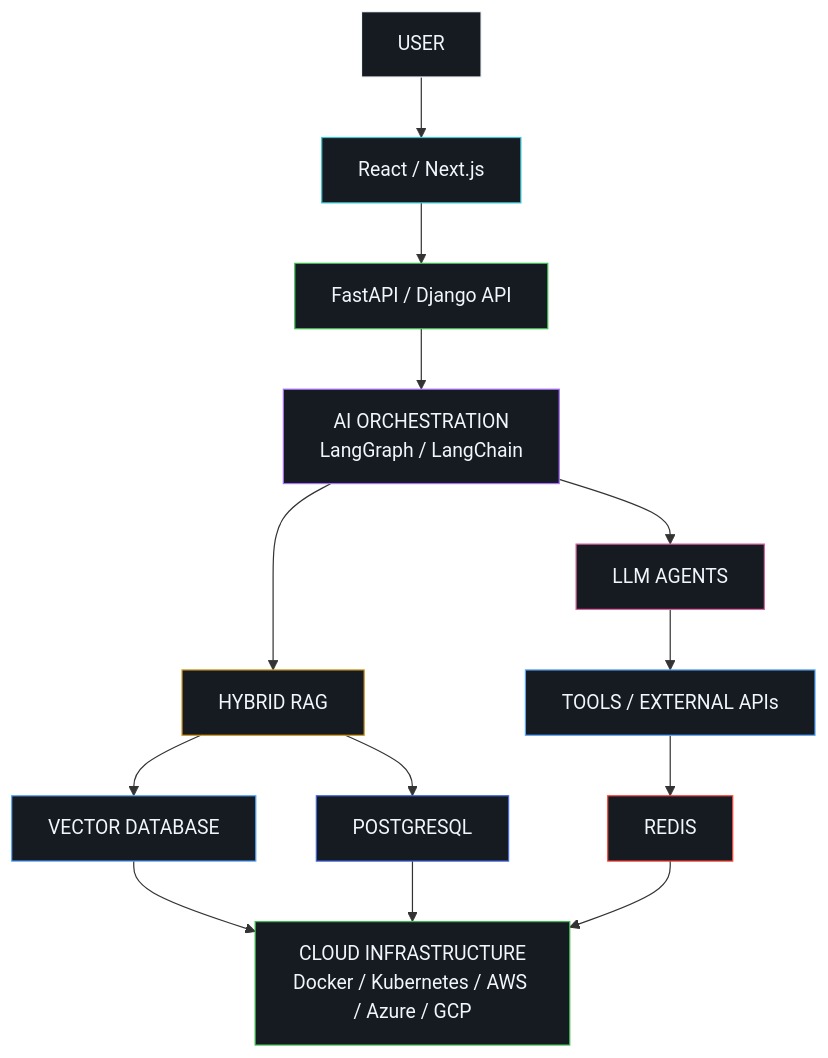
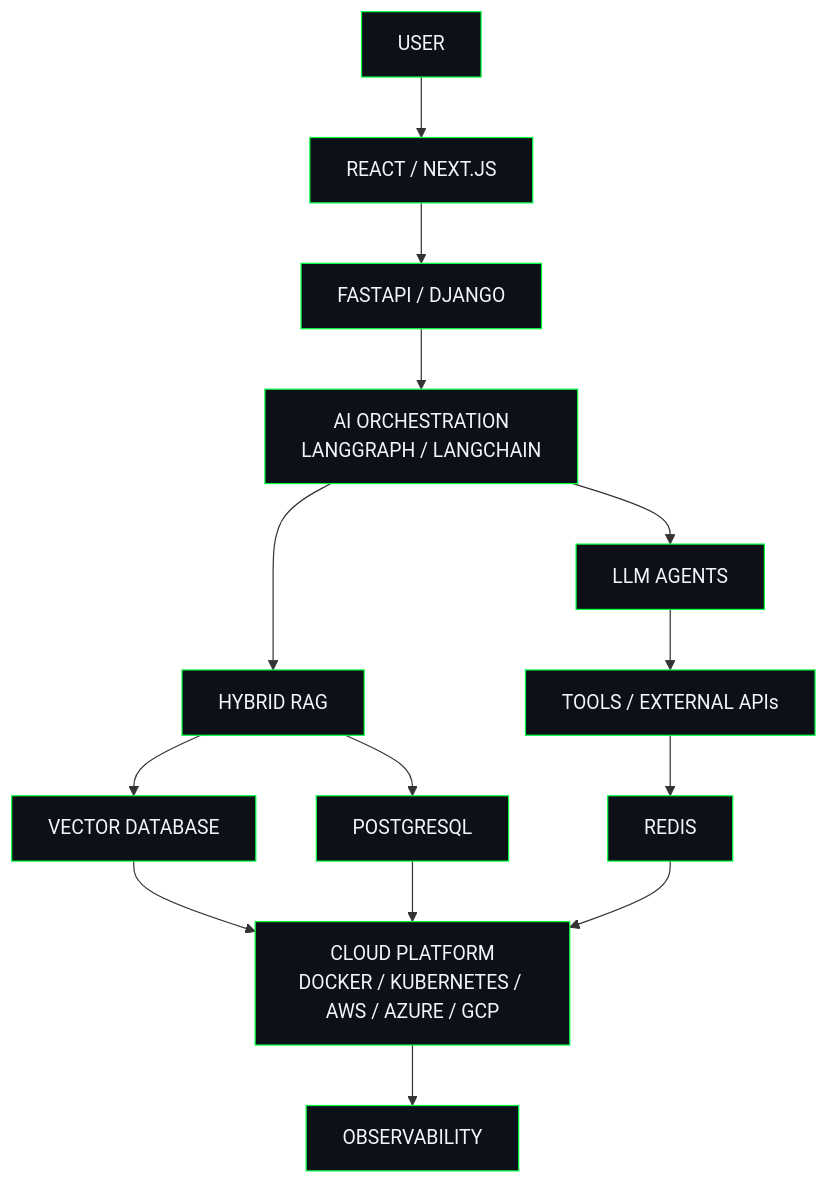
The second of 2 diagrams in README.md (rakeshsurampalli/rakeshsurampalli), drawn with Mermaid before and after one commit. The commit also changed other lines of this file, not shown here.

````diff
--- a/README.md
+++ b/README.md
@@ -505,73 +440,62 @@
 ```mermaid
 flowchart TB
 
     USER["USER"]
 
-    FRONTEND["React / Next.js"]
+    FRONTEND["REACT / NEXT.JS"]
 
-    API["FastAPI / Django API"]
+    API["FASTAPI / DJANGO"]
 
-    ORCH["AI ORCHESTRATION<br/>LangGraph / LangChain"]
+    ORCH["AI ORCHESTRATION<br/>LANGGRAPH / LANGCHAIN"]
 
-    AGENT["LLM AGENTS"]
+    AGENTS["LLM AGENTS"]
 
     RAG["HYBRID RAG"]
 
     TOOLS["TOOLS / EXTERNAL APIs"]
 
     VECTOR["VECTOR DATABASE"]
 
     SQL["POSTGRESQL"]
 
     CACHE["REDIS"]
 
-    CLOUD["CLOUD INFRASTRUCTURE<br/>Docker / Kubernetes / AWS / Azure / GCP"]
+    OBSERVE["OBSERVABILITY"]
+
+    CLOUD["CLOUD PLATFORM<br/>DOCKER / KUBERNETES / AWS / AZURE / GCP"]
 
 
     USER --> FRONTEND
-
     FRONTEND --> API
-
     API --> ORCH
 
-    ORCH --> AGENT
-
+    ORCH --> AGENTS
     ORCH --> RAG
 
-    AGENT --> TOOLS
+    AGENTS --> TOOLS
 
     RAG --> VECTOR
-
     RAG --> SQL
 
     TOOLS --> CACHE
 
     VECTOR --> CLOUD
-
     SQL --> CLOUD
-
     CACHE --> CLOUD
 
+    CLOUD --> OBSERVE
 
-    style USER fill:#161B22,stroke:#F0F6FC,color:#F0F6FC
 
-    style FRONTEND fill:#161B22,stroke:#39C5CF,color:#F0F6FC
-
-    style API fill:#161B22,stroke:#3FB950,color:#F0F6FC
-
-    style ORCH fill:#161B22,stroke:#A371F7,color:#F0F6FC
-
-    style AGENT fill:#161B22,stroke:#DB61A2,color:#F0F6FC
-
-    style RAG fill:#161B22,stroke:#D29922,color:#F0F6FC
-
-    style TOOLS fill:#161B22,stroke:#58A6FF,color:#F0F6FC
-
-    style VECTOR fill:#161B22,stroke:#58A6FF,color:#F0F6FC
-
-    style SQL fill:#161B22,stroke:#4169E1,color:#F0F6FC
-
-    style CACHE fill:#161B22,stroke:#FF4438,color:#F0F6FC
-
-    style CLOUD fill:#161B22,stroke:#3FB950,color:#F0F6FC
+    style USER fill:#0D1117,stroke:#00FF41,color:#F0F6FC
+    style FRONTEND fill:#0D1117,stroke:#00FF41,color:#F0F6FC
+    style API fill:#0D1117,stroke:#00FF41,color:#F0F6FC
+    style ORCH fill:#0D1117,stroke:#00FF41,color:#F0F6FC
+    style AGENTS fill:#0D1117,stroke:#00FF41,color:#F0F6FC
+    style RAG fill:#0D1117,stroke:#00FF41,color:#F0F6FC
+    style TOOLS fill:#0D1117,stroke:#00FF41,color:#F0F6FC
+    style VECTOR fill:#0D1117,stroke:#00FF41,color:#F0F6FC
+    style SQL fill:#0D1117,stroke:#00FF41,color:#F0F6FC
+    style CACHE fill:#0D1117,stroke:#00FF41,color:#F0F6FC
+    style CLOUD fill:#0D1117,stroke:#00FF41,color:#F0F6FC
+    style OBSERVE fill:#0D1117,stroke:#00FF41,color:#F0F6FC
 ```
````
